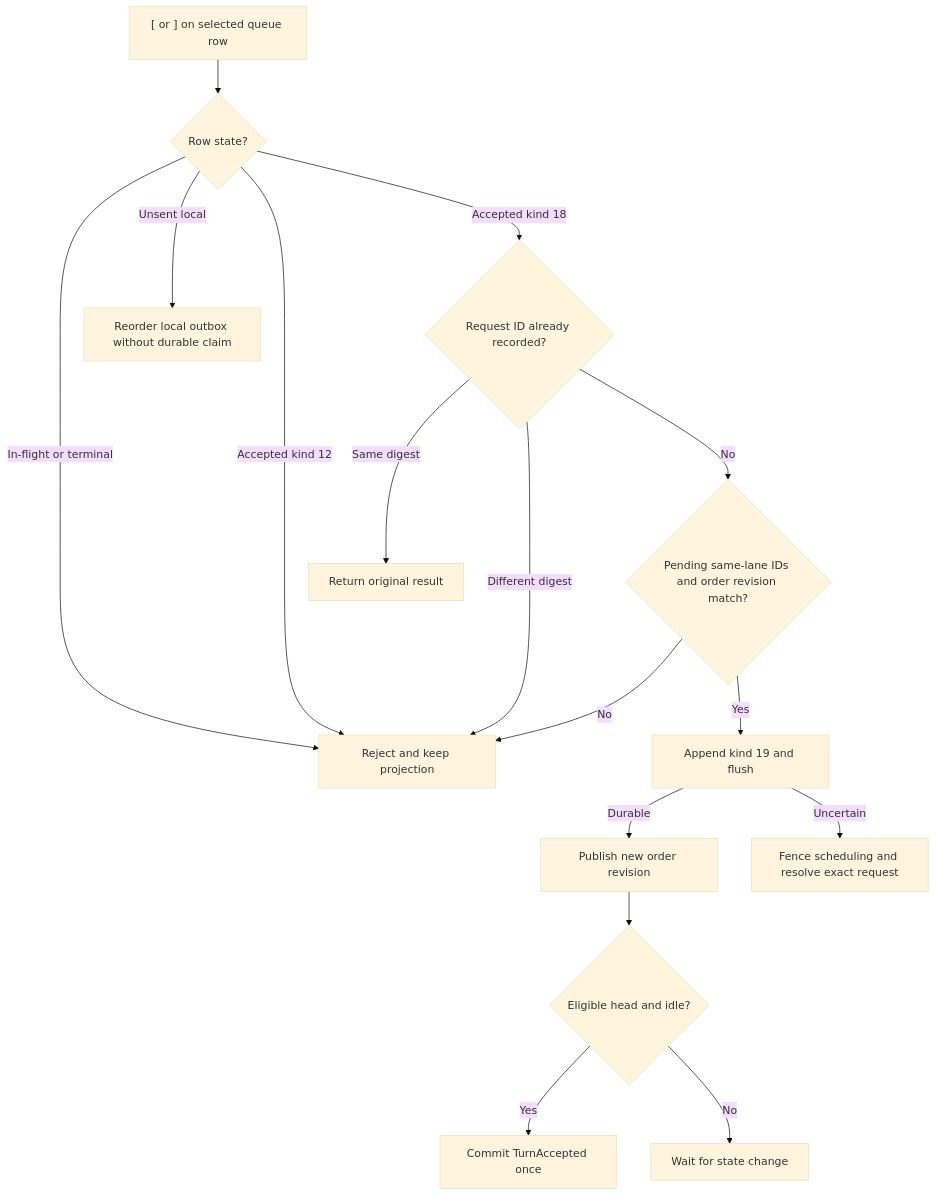
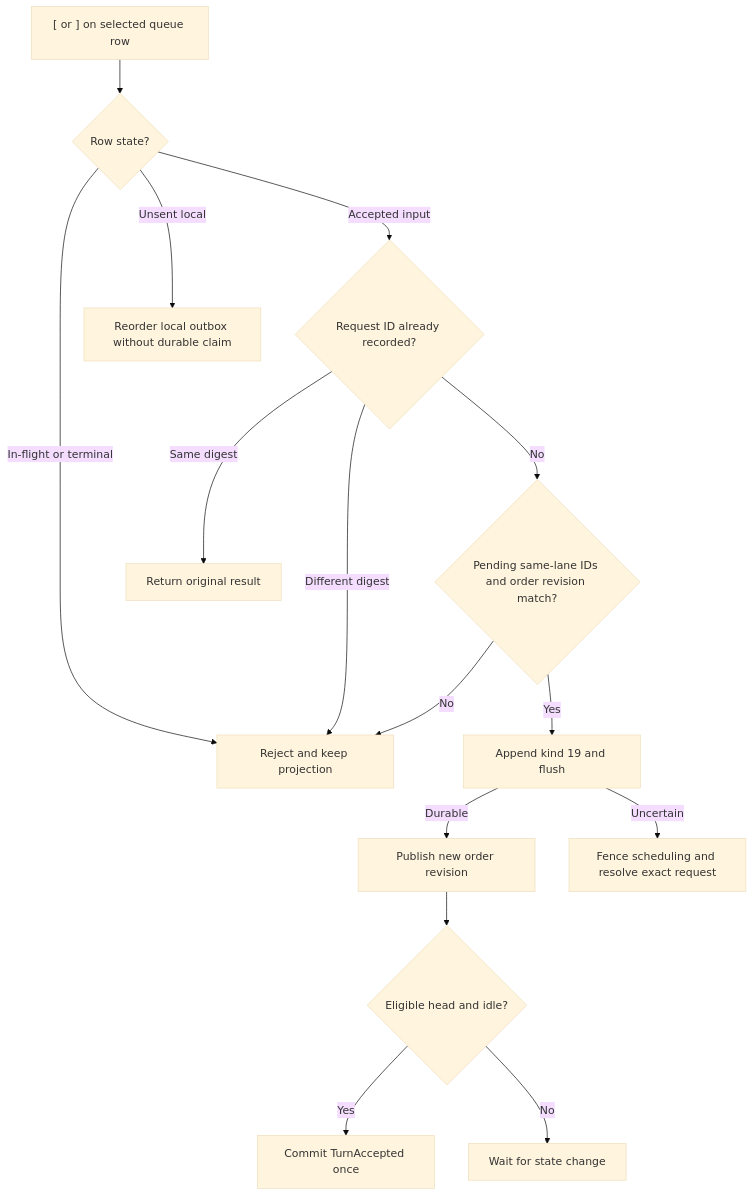
The sixth of 6 diagrams in docs/designs/managed-input-queue.md (pidster/asura), drawn with Mermaid (base theme) before and after one commit. The commit also changed other lines of this file and 107 other files, not shown here.

````diff
--- a/docs/designs/managed-input-queue.md
+++ b/docs/designs/managed-input-queue.md
@@ -390,18 +416,17 @@
 ```mermaid
 flowchart TD
     Move["[ or ] on selected queue row"] --> State{"Row state?"}
     State -->|"In-flight or terminal"| Reject["Reject move and keep position"]
     State -->|"Unsent local"| Local["Reorder local outbox without durable claim"]
-    State -->|"Accepted kind 12"| Reject
-    State -->|"Accepted kind 18"| Retry{"Request ID already recorded?"}
+    State -->|"Accepted input"| Retry{"Request ID already recorded?"}
     Retry -->|Same digest| Receipt["Return original result"]
     Retry -->|Different digest| Reject["Reject and keep projection"]
     Retry -->|No| Check{"Pending same-lane IDs and order revision match?"}
     Check -->|No| Reject
     Check -->|Yes| Flush["Append kind 19 and flush"]
     Flush -->|Durable| Project["Publish new order revision"]
     Flush -->|Uncertain| Fence["Fence scheduling and resolve exact request"]
     Project --> Ready{"Eligible head and idle?"}
     Ready -->|Yes| Dispatch["Commit TurnAccepted once"]
     Ready -->|No| Wait["Wait for state change"]
 ```
````
